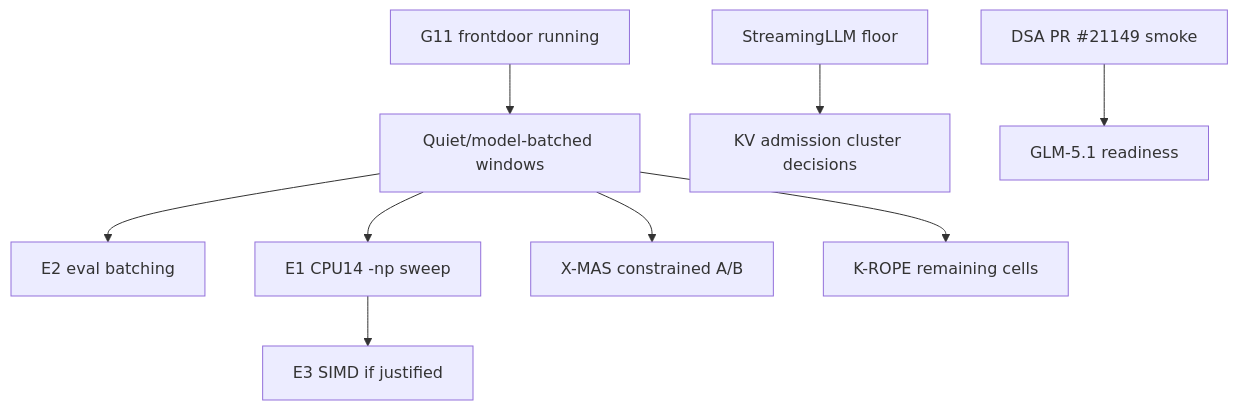
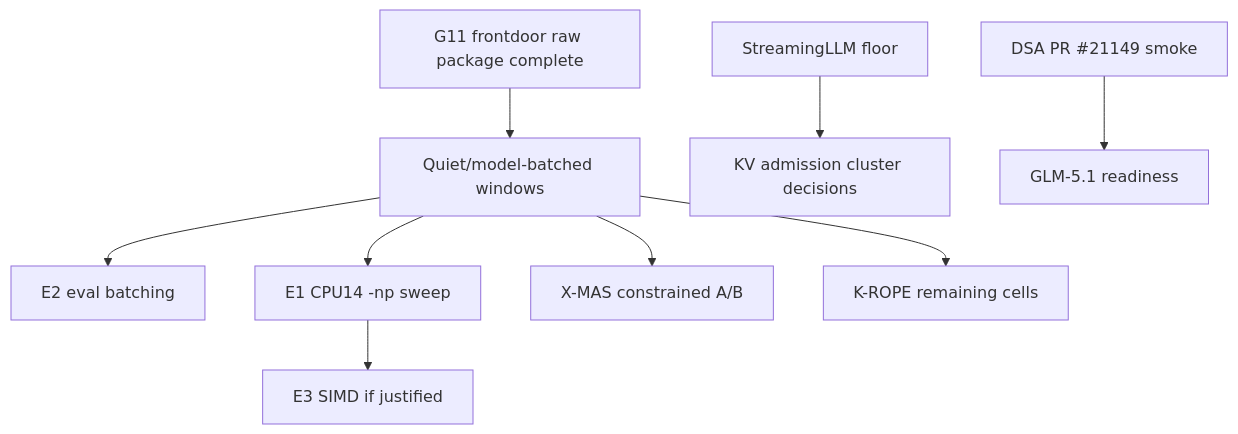
Before and after one commit to pestopoppa/epyc-root: the diagram in handoffs/active/inference-acceleration-index.md, drawn with Mermaid. The commit also changed other lines of this file and 9 other files, not shown here.

````diff
--- a/handoffs/active/inference-acceleration-index.md
+++ b/handoffs/active/inference-acceleration-index.md
@@ -43,11 +43,11 @@
 ```mermaid
 flowchart TD
-    G11[G11 frontdoor running] --> Quiet[Quiet/model-batched windows]
+    G11[G11 frontdoor raw package complete] --> Quiet[Quiet/model-batched windows]
     Quiet --> E2[E2 eval batching]
     Quiet --> E1[E1 CPU14 -np sweep]
     E1 --> E3[E3 SIMD if justified]
     Quiet --> Xmas[X-MAS constrained A/B]
     Quiet --> KROPE[K-ROPE remaining cells]
     Streaming[StreamingLLM floor] --> KVCluster[KV admission cluster decisions]
     DSA[DSA PR #21149 smoke] --> GLM[GLM-5.1 readiness]
 ```
````
